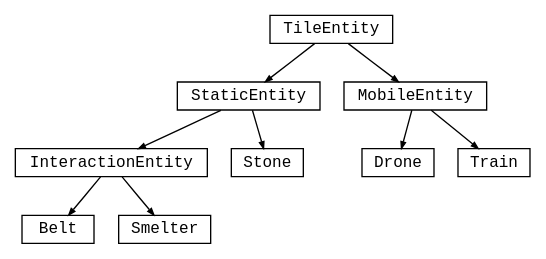
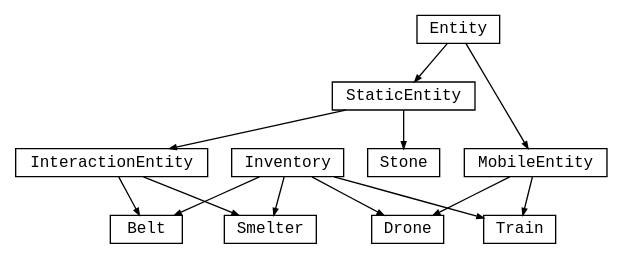
Before and after one commit to SjVer/Factory-Game: the diagram in entities/Inheritance.dot, drawn with Graphviz. The commit also changed 5 other files, not shown here.

```diff
--- a/entities/Inheritance.dot
+++ b/entities/Inheritance.dot
@@ -1,33 +1,39 @@
 
 digraph {
 	node [shape=rect, fontsize=12, fontname="Courier", height=.1]
 	ranksep=.4
 	edge [arrowsize=.5]
 	rankdir="UD"
 
-	base [label="TileEntity"]
+	base [label="Entity"]
 
 		base -> static
 		static [label="StaticEntity"]
 
 			static -> inter
 			inter [label="InteractionEntity"]
 
 				inter -> belt
 				belt [label="Belt"]
 
 				inter -> smelter
 				smelter [label="Smelter"]
 
 			static -> stone
 			stone [label="Stone"]
 
 		base -> mobile
 		mobile [label="MobileEntity"]
 
 			mobile -> drone
 			drone [label="Drone"]
 
 			mobile -> train
 			train [label="Train"]
+
+	inv [label="Inventory"]
+		inv -> belt
+		inv -> smelter
+		inv -> train
+		inv -> drone
 }
```
